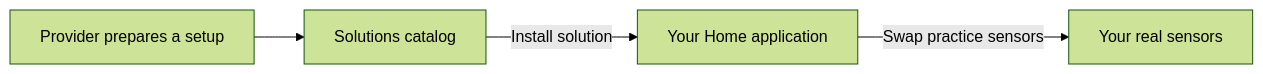
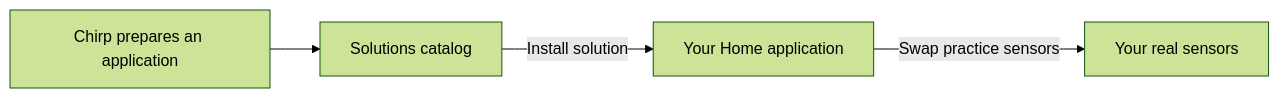
The diagram in applications/README.md (chirpwireless/chirpwireless_docs), drawn with Mermaid (forest theme) before and after one commit. The commit also changed other lines of this file and 5 other files, not shown here.

````diff
--- a/applications/README.md
+++ b/applications/README.md
@@ -11,6 +11,6 @@
 ```mermaid
 flowchart LR
-    P[Provider prepares a setup] --> C[Solutions catalog]
+    P[Chirp prepares an application] --> C[Solutions catalog]
     C -->|Install solution| H[Your Home application]
     H -->|Swap practice sensors| R[Your real sensors]
 ```
````
